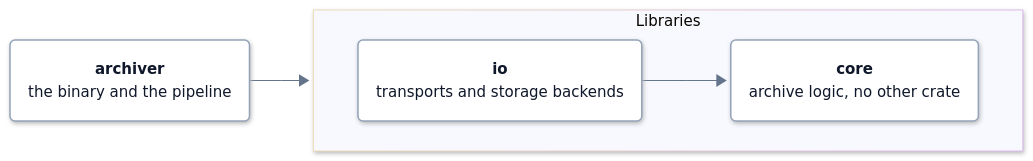
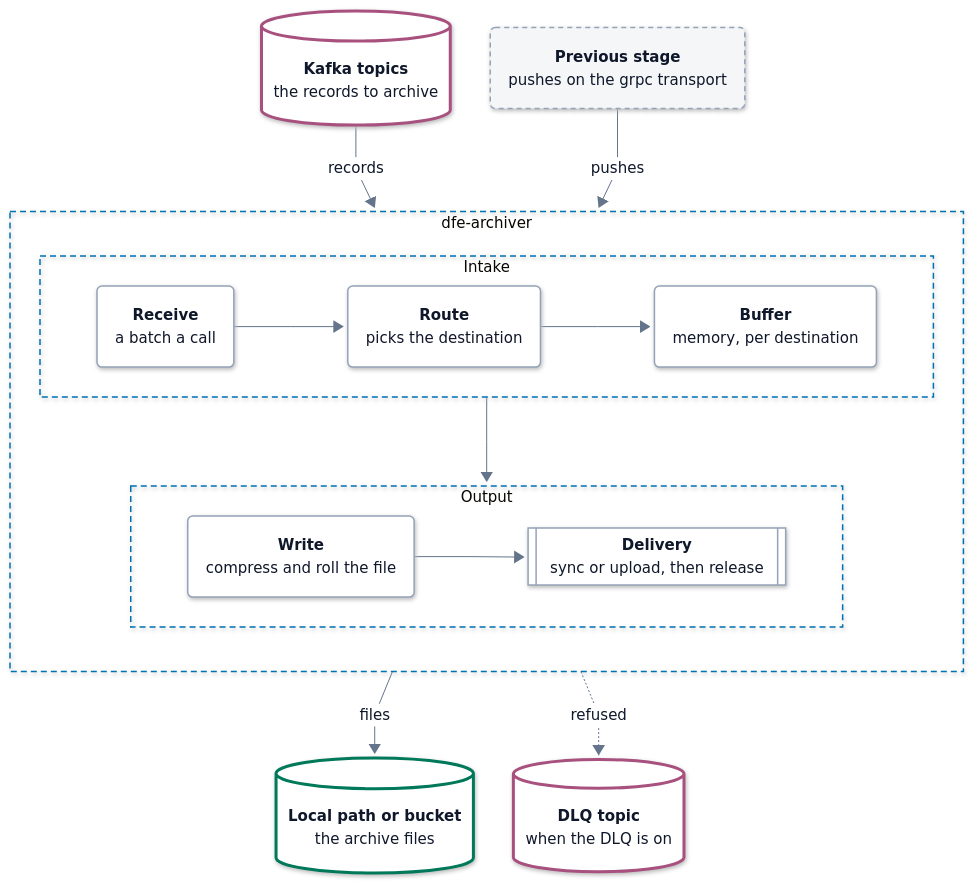
One commit to hyperi-io/dfe-archiver changed the diagram in docs/architecture.md. Above: the diagram before and after it, drawn with Mermaid. The commit also changed other lines of this file and 6 other files, not shown here.

First line of the commit message:
docs(architecture): reshape the architecture page around the parts (#189)

````diff
--- a/docs/architecture.md
+++ b/docs/architecture.md
@@ -60,17 +58,38 @@
     .ui .label-icon{color:#D9480F}
     .ext .label-icon{color:#64748B}
 ---
-flowchart LR
-  accTitle: L4 Detail -- Crate dependencies
-  accDescr: The archiver crate depends on both library crates, io and core. The io crate depends on core alone.
-  archiver("<b>archiver</b><br/><span>the binary and the pipeline</span>")
-  subgraph libs["Libraries"]
-    direction LR
-    io("<b>io</b><br/><span>transports and storage backends</span>")
-    core("<b>core</b><br/><span>archive logic, no other crate</span>")
-    io --> core
+flowchart TB
+  accTitle: L3 Components -- dfe-archiver
+  accDescr: Records arrive from Kafka topics or are pushed by the previous stage. Inside, they are received, routed and buffered, then written to files and delivered. Files land in a local path or a bucket, and records refused for good go to the DLQ topic when the DLQ is on.
+  topics[("<b>Kafka topics</b><br/><span>the records to archive</span>")]
+  stage("<b>Previous stage</b><br/><span>pushes on the grpc transport</span>")
+  subgraph archiver["dfe-archiver"]
+    direction TB
+    subgraph intake["Intake"]
+      direction LR
+      receive("<b>Receive</b><br/><span>a batch a call</span>")
+      route("<b>Route</b><br/><span>picks the destination</span>")
+      buffer("<b>Buffer</b><br/><span>memory, per destination</span>")
+      receive --> route --> buffer
+    end
+    subgraph output["Output"]
+      direction LR
+      write("<b>Write</b><br/><span>compress and roll the file</span>")
+      delivery[["<b>Delivery</b><br/><span>sync or upload, then release</span>"]]
+      write --> delivery
+    end
+    intake --> output
   end
-  archiver --> libs
+  store[("<b>Local path or bucket</b><br/><span>the archive files</span>")]
+  dlq[("<b>DLQ topic</b><br/><span>when the DLQ is on</span>")]
+  topics -->|records| archiver
+  stage -->|pushes| archiver
+  archiver -->|files| store
+  archiver -.->|refused| dlq
+  class topics,dlq bus
+  class stage ext
+  class receive,route,buffer,write,delivery part
+  class store store
   classDef ext fill:#F4F6F8,stroke:#94A3B8,stroke-width:1.5px,stroke-dasharray:5 4,color:#0F172A
   classDef ingest fill:#FFFFFF,stroke:#0E8A7D,stroke-width:3px,color:#0F172A
   classDef xform fill:#FFFFFF,stroke:#7B4FB0,stroke-width:3px,color:#0F172A
@@ -82,5 +101,7 @@
   classDef error fill:#FFFFFF,stroke:#C2410C,stroke-width:3px,color:#0F172A
   classDef control fill:#FFFFFF,stroke:#334155,stroke-width:3px,color:#0F172A
   classDef part fill:#FFFFFF,stroke:#94A3B8,stroke-width:1.5px,color:#0F172A
-  class archiver,io,core part
+  style archiver fill:none,stroke:#0072B2,stroke-width:1.5px,stroke-dasharray:6 4
+  style intake fill:none,stroke:#0072B2,stroke-width:1.5px,stroke-dasharray:6 4
+  style output fill:none,stroke:#0072B2,stroke-width:1.5px,stroke-dasharray:6 4
 ```
````
